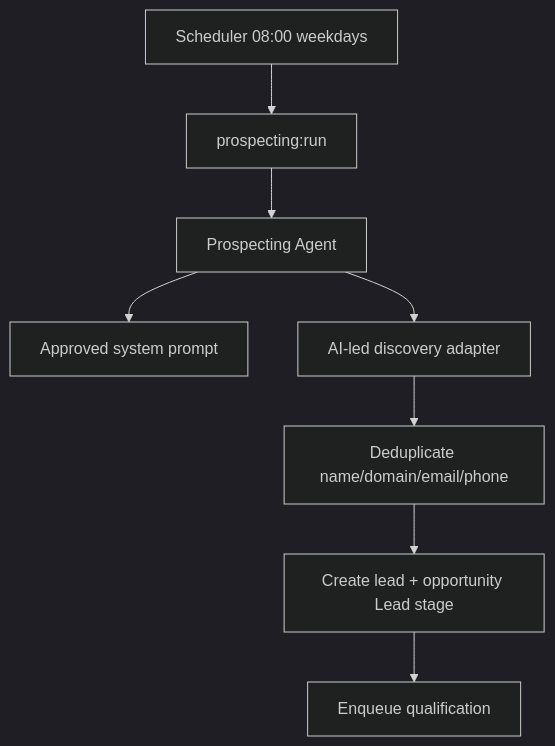
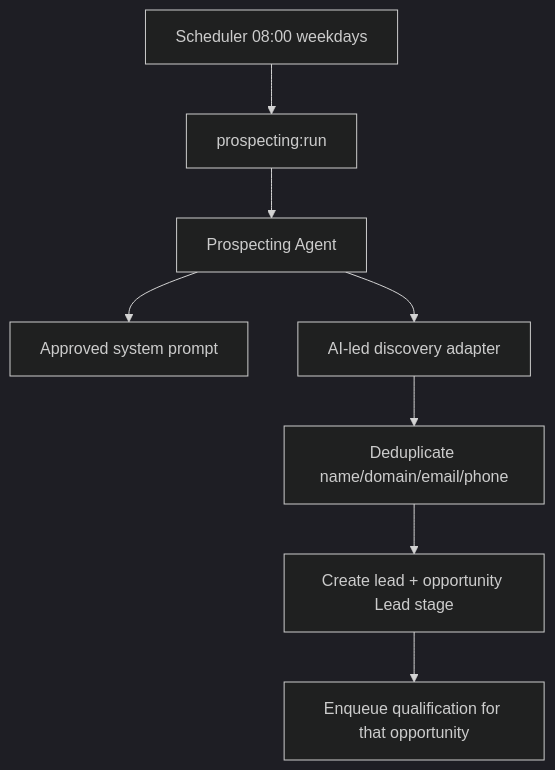
The diagram in docs/FDRs/Done/FDR-010-automated-prospecting.md (rogerio-pereira/CRM_AI), drawn with Mermaid (dark theme) before and after one commit. The commit also changed other lines of this file and 13 other files, not shown here.

````diff
--- a/docs/FDRs/Done/FDR-010-automated-prospecting.md
+++ b/docs/FDRs/Done/FDR-010-automated-prospecting.md
@@ -42,10 +42,10 @@
 ```mermaid
 flowchart TD
     Cron[Scheduler 08:00 weekdays] --> Cmd[prospecting:run]
     Cmd --> Agent[Prospecting Agent]
     Agent --> Prompt[Approved system prompt]
     Agent --> Disc[AI-led discovery adapter]
     Disc --> Dedup[Deduplicate name/domain/email/phone]
     Dedup --> Save[Create lead + opportunity Lead stage]
-    Save --> Q[Enqueue qualification]
+    Save --> Q[Enqueue qualification for that opportunity]
 ```
````
